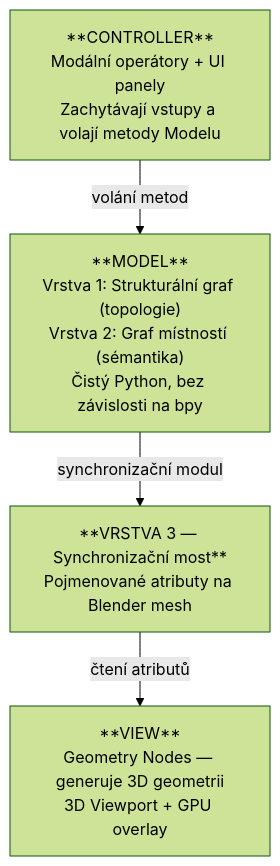
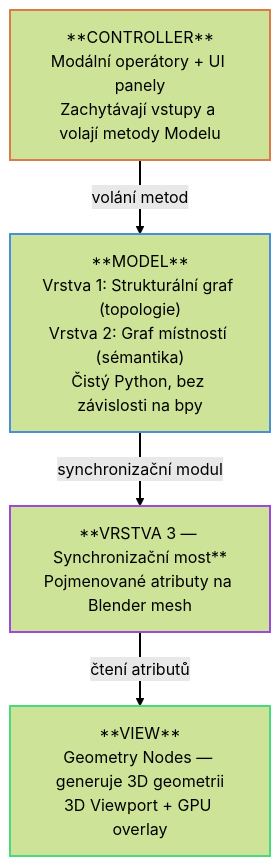
Before and after one commit to TheGingeros/floorplanmaster: the diagram in docs/sections/03_Design/01_architecture.md, drawn with Mermaid (forest theme). The commit also changed 2 other files, not shown here.

Commit message:
diagram color theme change
changed color schemes for all mermaid diagrams in the code to ensure
good visibility in both IDE and gitlab spaces

````diff
--- a/docs/sections/03_Design/01_architecture.md
+++ b/docs/sections/03_Design/01_architecture.md
@@ -11,11 +11,17 @@
 ```mermaid
 flowchart TD
-    C["**CONTROLLER**<br/>Modální operátory + UI panely<br/>Zachytávají vstupy a volají metody Modelu"]
-    M["**MODEL**<br/>Vrstva 1: Strukturální graf (topologie)<br/>Vrstva 2: Graf místností (sémantika)<br/>Čistý Python, bez závislosti na bpy"]
-    V3["**VRSTVA 3 — Synchronizační most**<br/>Pojmenované atributy na Blender mesh"]
-    V["**VIEW**<br/>Geometry Nodes — generuje 3D geometrii<br/>3D Viewport + GPU overlay"]
+    C["**CONTROLLER**<br/>Modální operátory + UI panely<br/>Zachytávají vstupy a volají metody Modelu"]:::ctrl
+    M["**MODEL**<br/>Vrstva 1: Strukturální graf (topologie)<br/>Vrstva 2: Graf místností (sémantika)<br/>Čistý Python, bez závislosti na bpy"]:::model
+    V3["**VRSTVA 3 — Synchronizační most**<br/>Pojmenované atributy na Blender mesh"]:::bridge
+    V["**VIEW**<br/>Geometry Nodes — generuje 3D geometrii<br/>3D Viewport + GPU overlay"]:::view
 
     C -->|"volání metod"| M
     M -->|"synchronizační modul"| V3
     V3 -->|"čtení atributů"| V
+
+    classDef ctrl   stroke:#d97c4a,stroke-width:2px
+    classDef model  stroke:#4a90d9,stroke-width:2px
+    classDef bridge stroke:#9b4ad9,stroke-width:2px
+    classDef view   stroke:#4ad97c,stroke-width:2px
+    linkStyle default stroke-width:2px
 ```
````
